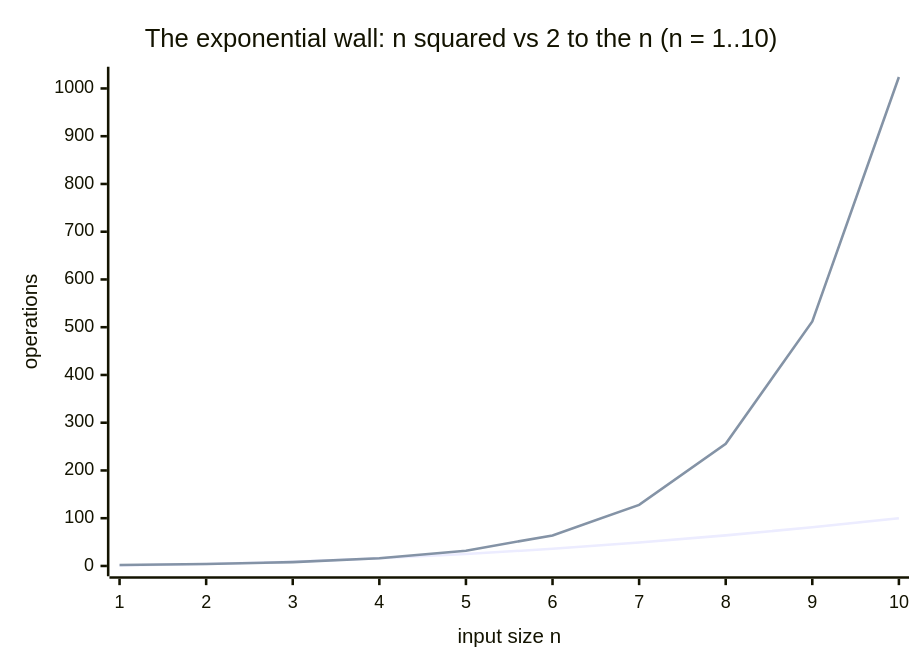
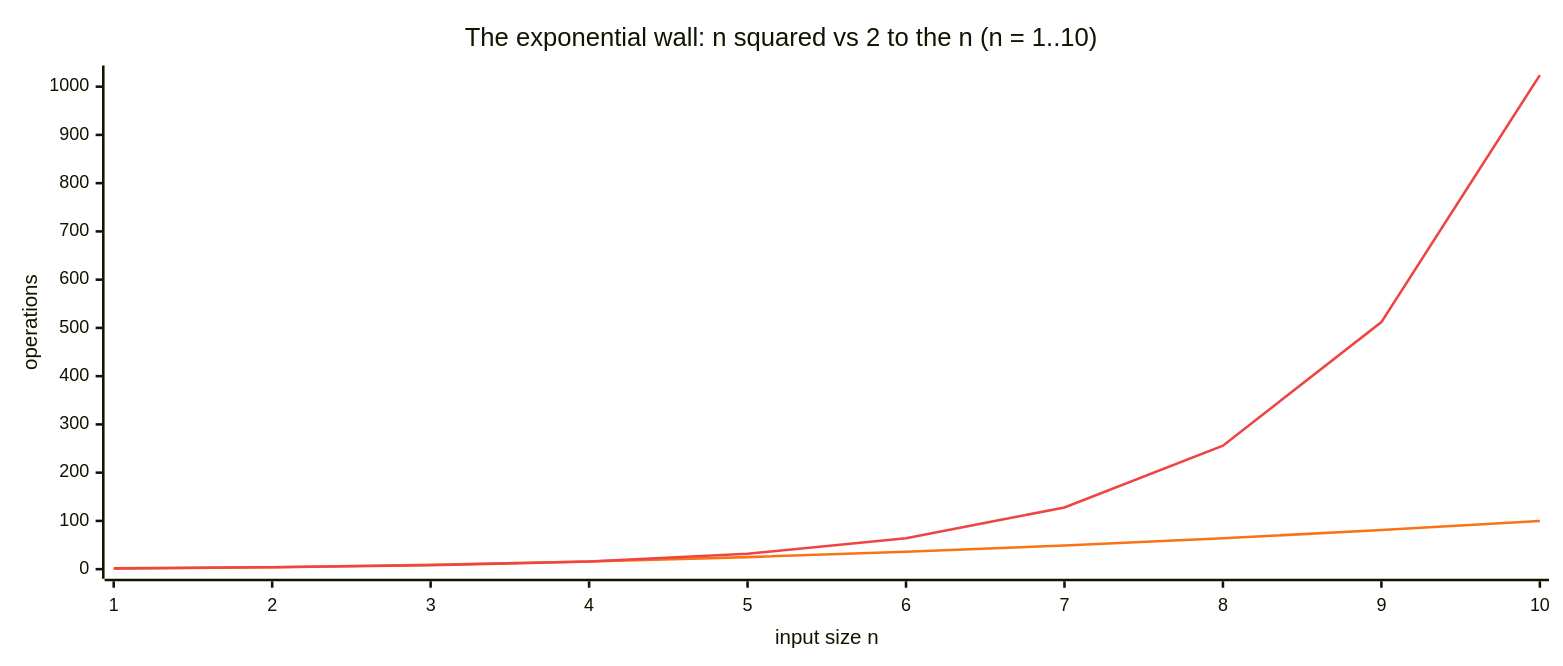
The second of 2 diagrams in Vault/Home/Computer Science/Big O Notation.md (grafanaKibana/devbook.zip), drawn with Mermaid before and after one commit. The commit also changed other lines of this file and 168 other files, not shown here.

Commit message:
notes: rename topics to Software Architecture & Software Design; split out Testing

````diff
--- a/Vault/Home/Computer Science/Big O Notation.md
+++ b/Vault/Home/Computer Science/Big O Notation.md
@@ -48,8 +57,17 @@
 ```mermaid
+---
+config:
+  xyChart:
+    width: 1200
+    height: 500
+  themeVariables:
+    xyChart:
+      plotColorPalette: "#f97316, #ef4444"
+---
 xychart-beta
   title "The exponential wall: n squared vs 2 to the n (n = 1..10)"
   x-axis "input size n" [1, 2, 3, 4, 5, 6, 7, 8, 9, 10]
   y-axis "operations" 0 --> 1024
   line [1, 4, 9, 16, 25, 36, 49, 64, 81, 100]
   line [2, 4, 8, 16, 32, 64, 128, 256, 512, 1024]
 ```
````
